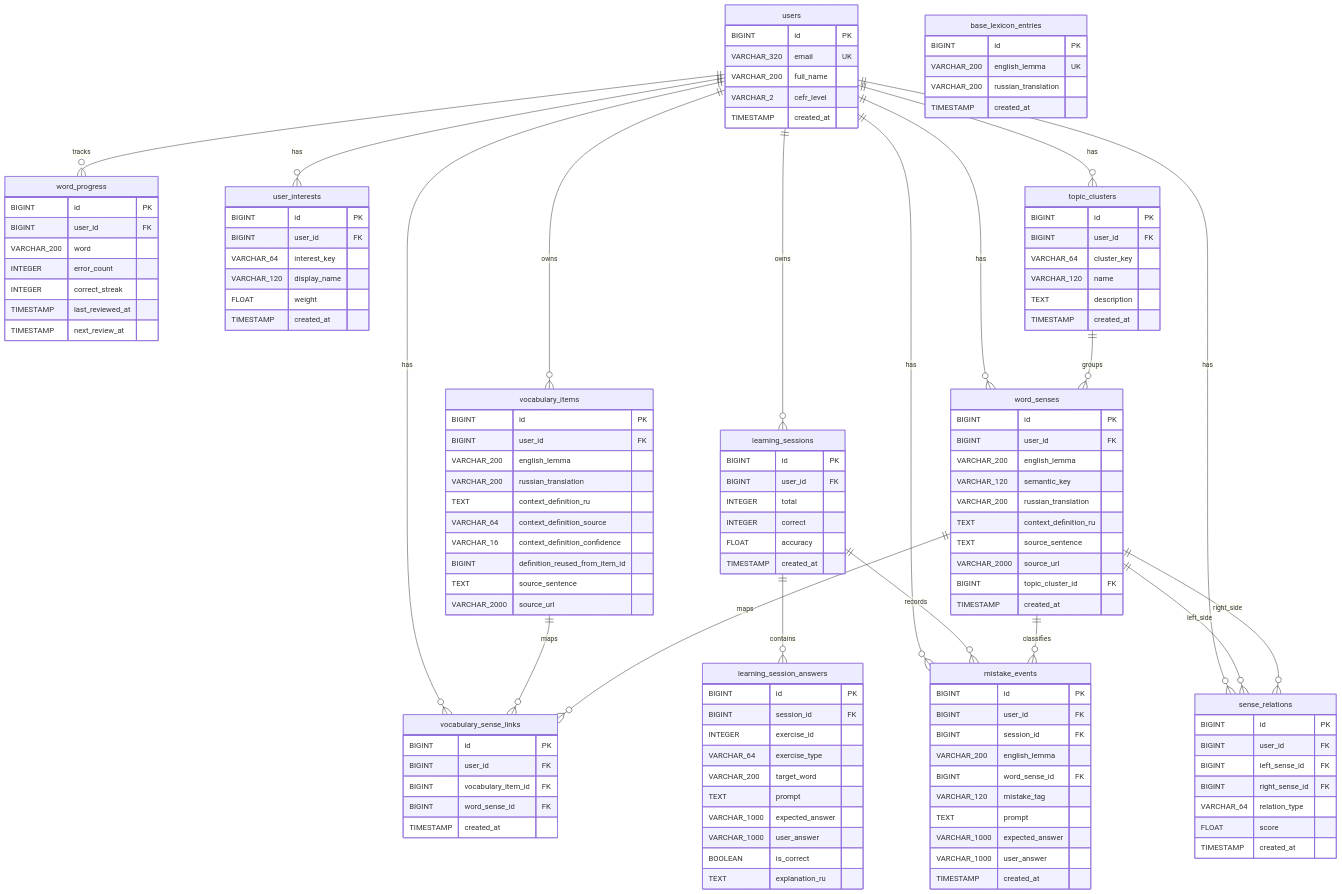
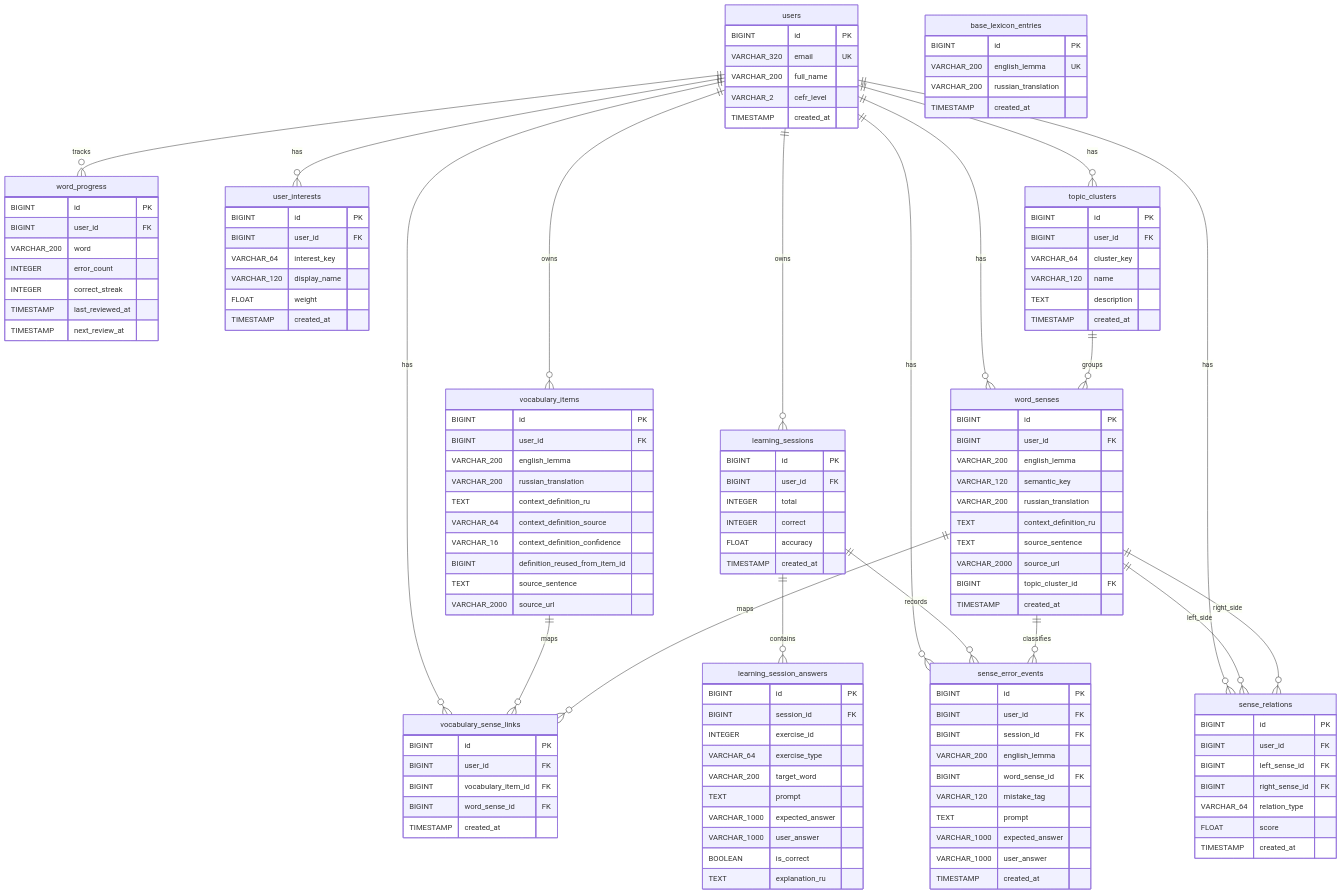
The diagram in docs/database_schema.md (Alena172/VKR_MIREA), drawn with Mermaid before and after one commit. The commit also changed other lines of this file and 15 other files, not shown here.

Commit message:
refactor: rename mistake events to sense error events, update related API and data handling, and enhance documentation for clarity

````diff
--- a/docs/database_schema.md
+++ b/docs/database_schema.md
@@ -204,7 +204,7 @@
         TIMESTAMP created_at
     }
 
-    mistake_events {
+    sense_error_events {
         BIGINT id PK
         BIGINT user_id FK
         BIGINT session_id FK
@@ -225,7 +225,7 @@
     users ||--o{ word_senses : has
     users ||--o{ vocabulary_sense_links : has
     users ||--o{ sense_relations : has
-    users ||--o{ mistake_events : has
+    users ||--o{ sense_error_events : has
 
     learning_sessions ||--o{ learning_session_answers : contains
     topic_clusters ||--o{ word_senses : groups
@@ -233,6 +233,6 @@
     word_senses ||--o{ vocabulary_sense_links : maps
     word_senses ||--o{ sense_relations : left_side
     word_senses ||--o{ sense_relations : right_side
-    learning_sessions ||--o{ mistake_events : records
-    word_senses ||--o{ mistake_events : classifies
+    learning_sessions ||--o{ sense_error_events : records
+    word_senses ||--o{ sense_error_events : classifies
 ```
````
